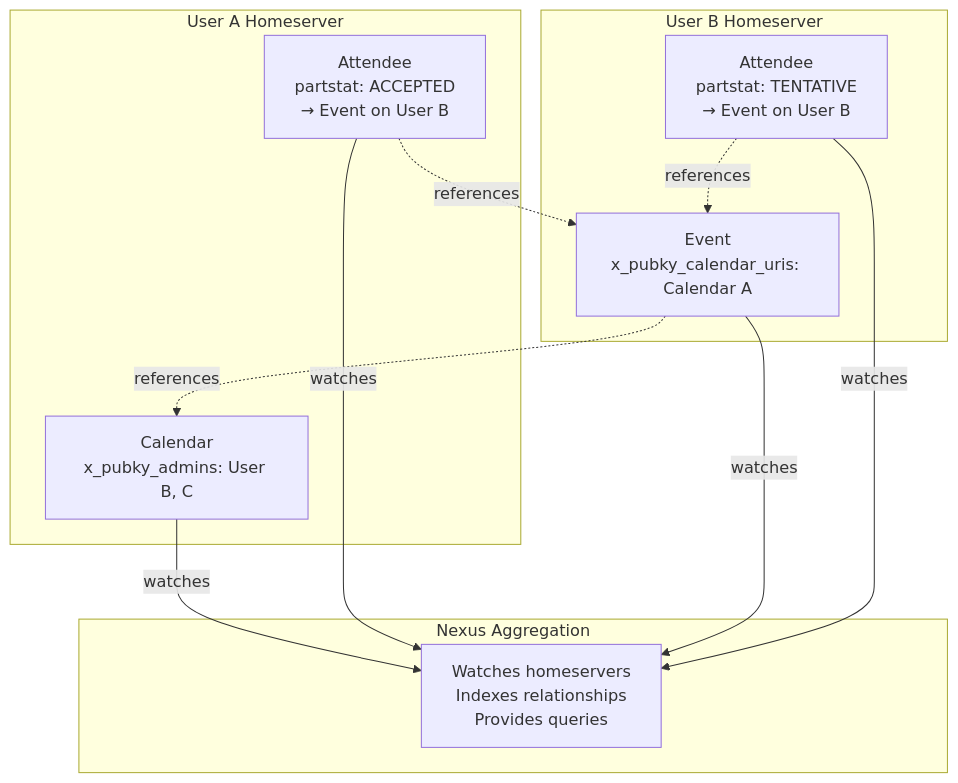
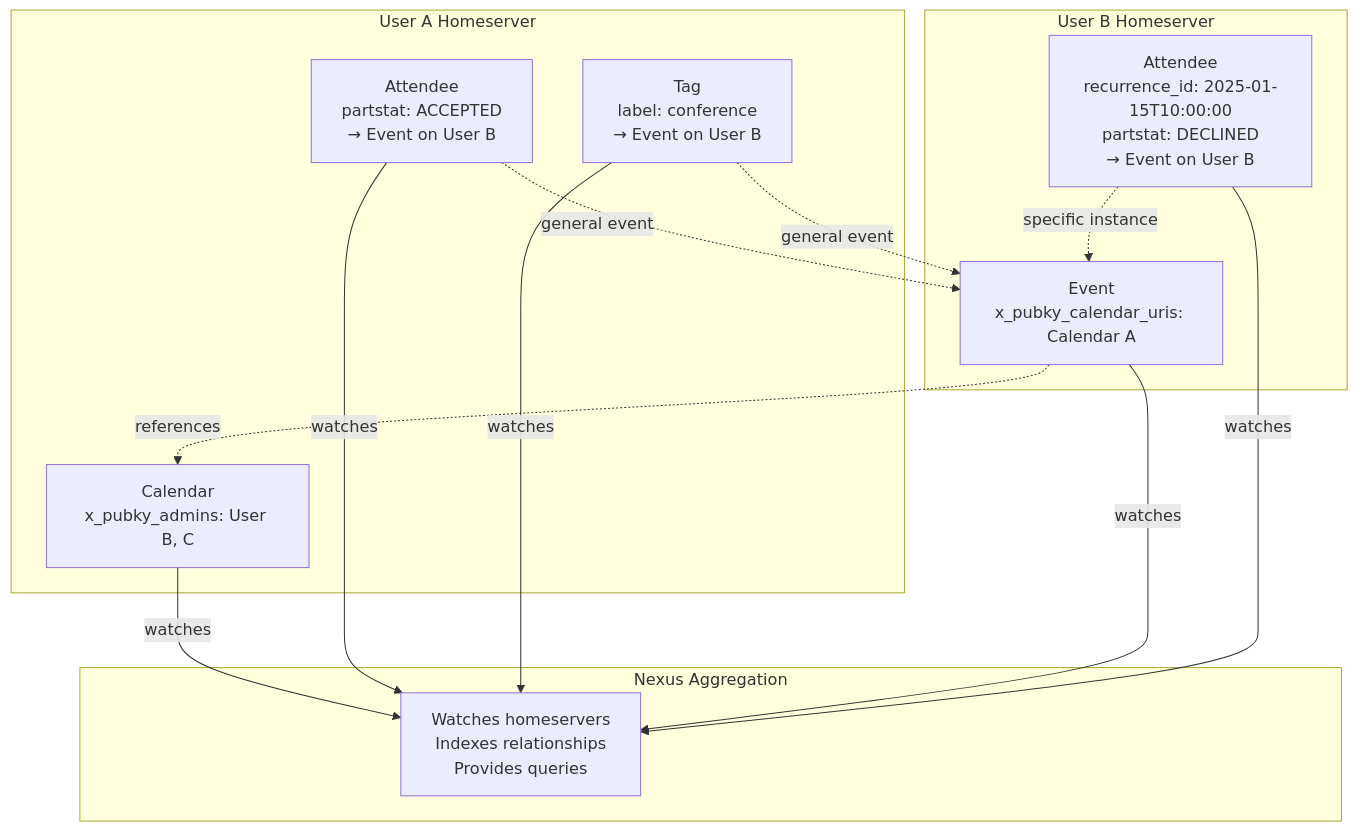
The first of 3 diagrams in docs/DATA_MODEL.md (gillohner/eventky), drawn with Mermaid before and after one commit. The commit also changed other lines of this file, not shown here.

Commit message:
add tags and recurrence_id to data model docs diagram

````diff
--- a/docs/DATA_MODEL.md
+++ b/docs/DATA_MODEL.md
@@ -5,24 +5,27 @@
 ```mermaid
 graph TB
     subgraph "User A Homeserver"
         CA[Calendar<br/>x_pubky_admins: User B, C]
         AA[Attendee<br/>partstat: ACCEPTED<br/>→ Event on User B]
+        TA[Tag<br/>label: conference<br/>→ Event on User B]
     end
     
     subgraph "Nexus Aggregation"
         N[Watches homeservers<br/>Indexes relationships<br/>Provides queries]
     end
     
     subgraph "User B Homeserver"
         EB[Event<br/>x_pubky_calendar_uris: Calendar A]
-        AB[Attendee<br/>partstat: TENTATIVE<br/>→ Event on User B]
+        AB[Attendee<br/>recurrence_id: 2025-01-15T10:00:00<br/>partstat: DECLINED<br/>→ Event on User B]
     end
     
     CA -->|watches| N
     AA -->|watches| N
+    TA -->|watches| N
     EB -->|watches| N
     AB -->|watches| N
     EB -.references.-> CA
-    AA -.references.-> EB
-    AB -.references.-> EB
+    AA -.general event.-> EB
+    AB -.specific instance.-> EB
+    TA -.general event.-> EB
 ```
````
